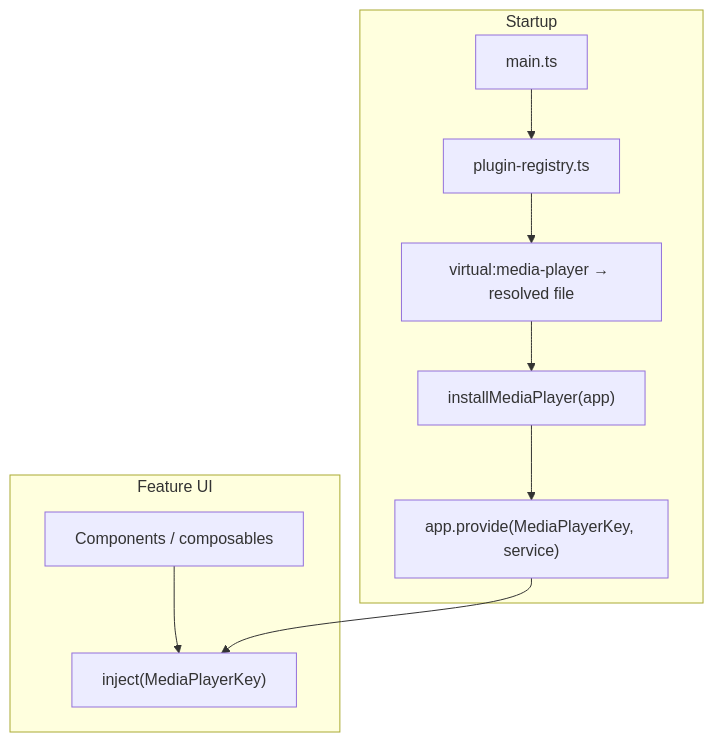
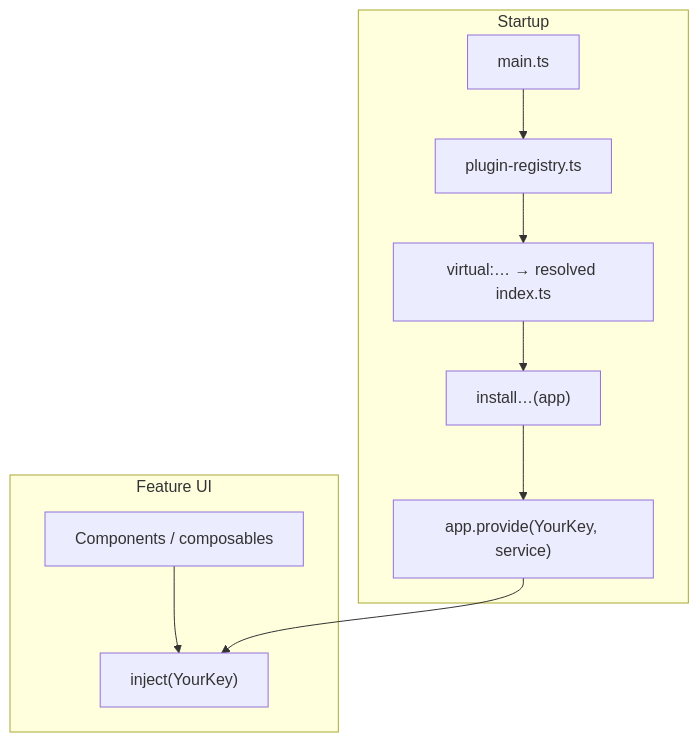
Before and after one commit to bccsa/luminary: the diagram in docs/research/vue-plugin-architecture/README.md, drawn with Mermaid. The commit also changed other lines of this file and 7 other files, not shown here.

First line of the commit message:
docs(app): update documentation for build-time plugin architecture and clarify `BUILD_TARGET` usage

````diff
--- a/docs/research/vue-plugin-architecture/README.md
+++ b/docs/research/vue-plugin-architecture/README.md
@@ -34,20 +50,20 @@
 ```mermaid
 flowchart TB
     subgraph boot["Startup"]
         M["main.ts"]
         R["plugin-registry.ts"]
-        V["virtual:media-player → resolved file"]
-        I["installMediaPlayer(app)"]
-        P["app.provide(MediaPlayerKey, service)"]
+        V["virtual:… → resolved index.ts"]
+        I["install…(app)"]
+        P["app.provide(YourKey, service)"]
         M --> R
         R --> V
         V --> I
         I --> P
     end
     subgraph ui["Feature UI"]
         C["Components / composables"]
-        INJ["inject(MediaPlayerKey)"]
+        INJ["inject(YourKey)"]
         C --> INJ
     end
     P --> INJ
 ```
````
